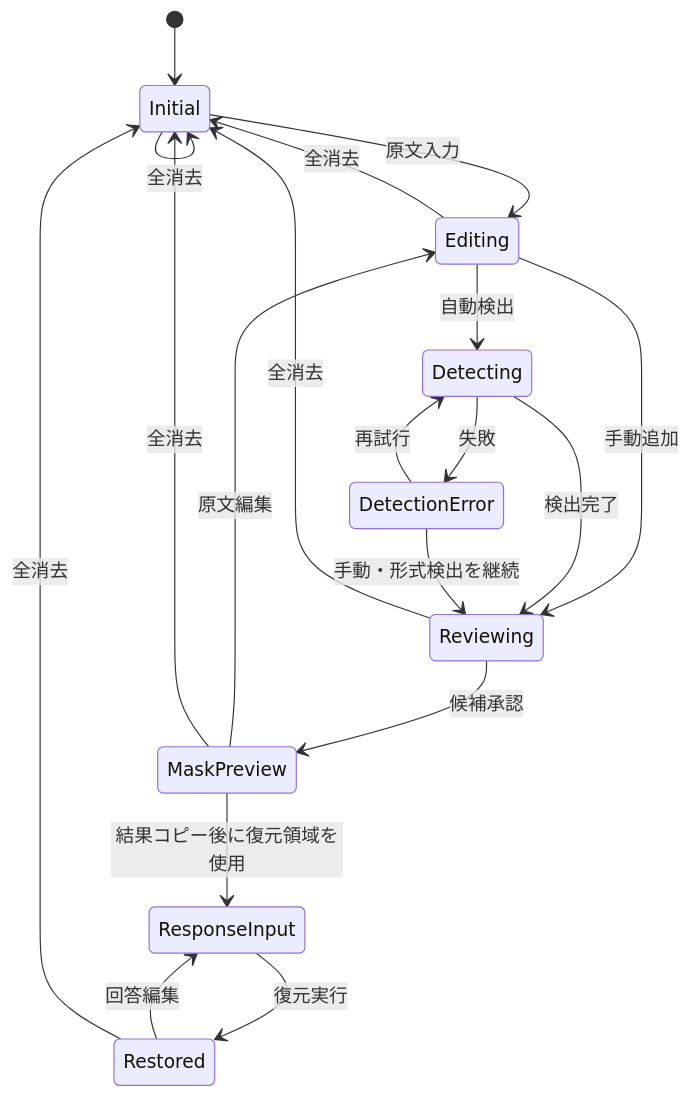
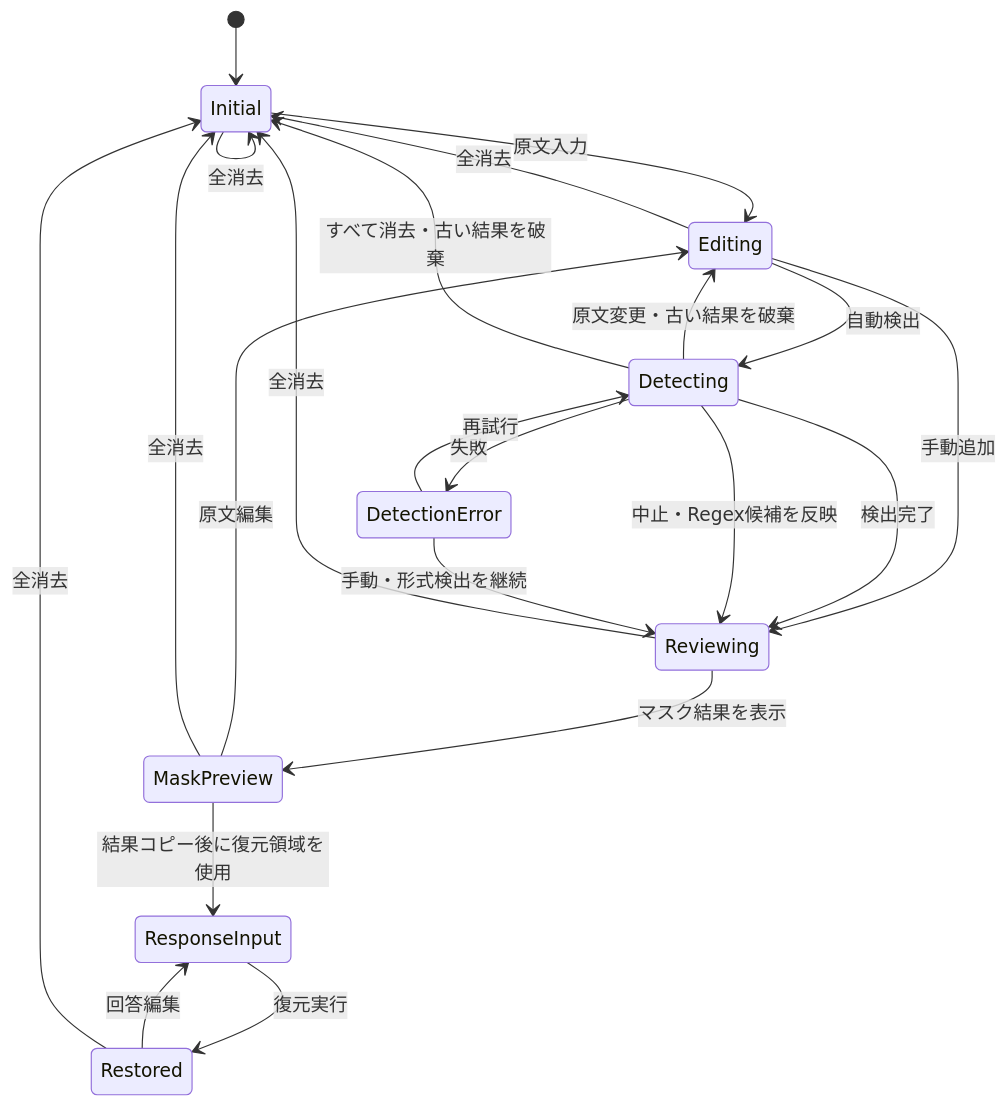
One commit to Bamboosato/local-pii-masker changed the second of 2 diagrams in docs/ui-design.md. Above: the diagram before and after it, drawn with Mermaid. The commit also changed other lines of this file and 63 other files, not shown here.

````diff
--- a/docs/ui-design.md
+++ b/docs/ui-design.md
@@ -645,21 +655,24 @@
 ```mermaid
 stateDiagram-v2
     [*] --> Initial
     Initial --> Editing: 原文入力
     Editing --> Detecting: 自動検出
     Editing --> Reviewing: 手動追加
     Detecting --> Reviewing: 検出完了
+    Detecting --> Reviewing: 中止・Regex候補を反映
+    Detecting --> Editing: 原文変更・古い結果を破棄
+    Detecting --> Initial: すべて消去・古い結果を破棄
     Detecting --> DetectionError: 失敗
     DetectionError --> Detecting: 再試行
     DetectionError --> Reviewing: 手動・形式検出を継続
-    Reviewing --> MaskPreview: 候補承認
+    Reviewing --> MaskPreview: マスク結果を表示
     MaskPreview --> Editing: 原文編集
     MaskPreview --> ResponseInput: 結果コピー後に復元領域を使用
     ResponseInput --> Restored: 復元実行
     Restored --> ResponseInput: 回答編集
     Initial --> Initial: 全消去
     Editing --> Initial: 全消去
     Reviewing --> Initial: 全消去
     MaskPreview --> Initial: 全消去
     Restored --> Initial: 全消去
 ```
````
